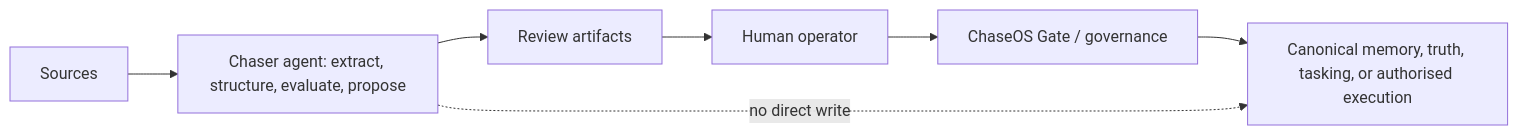
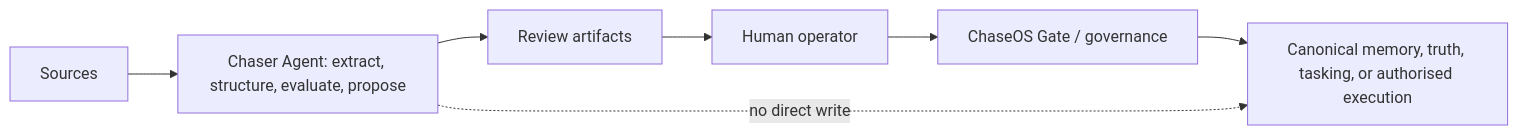
The third of 4 diagrams in docs/99_HANDOVERS/CODEX_CURRENT_TRUTH_STATE_HANDOVER.md (chasedndt/Chaser-Agent), drawn with Mermaid before and after one commit. The commit also changed other lines of this file and 109 other files, not shown here.

````diff
--- a/docs/99_HANDOVERS/CODEX_CURRENT_TRUTH_STATE_HANDOVER.md
+++ b/docs/99_HANDOVERS/CODEX_CURRENT_TRUTH_STATE_HANDOVER.md
@@ -466,9 +466,9 @@
 ```mermaid
 flowchart LR
-    S["Sources"] --> CA["Chaser agent: extract, structure, evaluate, propose"]
+    S["Sources"] --> CA["Chaser Agent: extract, structure, evaluate, propose"]
     CA --> R["Review artifacts"]
     R --> H["Human operator"]
     H --> G["ChaseOS Gate / governance"]
     G --> C["Canonical memory, truth, tasking, or authorised execution"]
     CA -. "no direct write" .-> C
 ```
````
